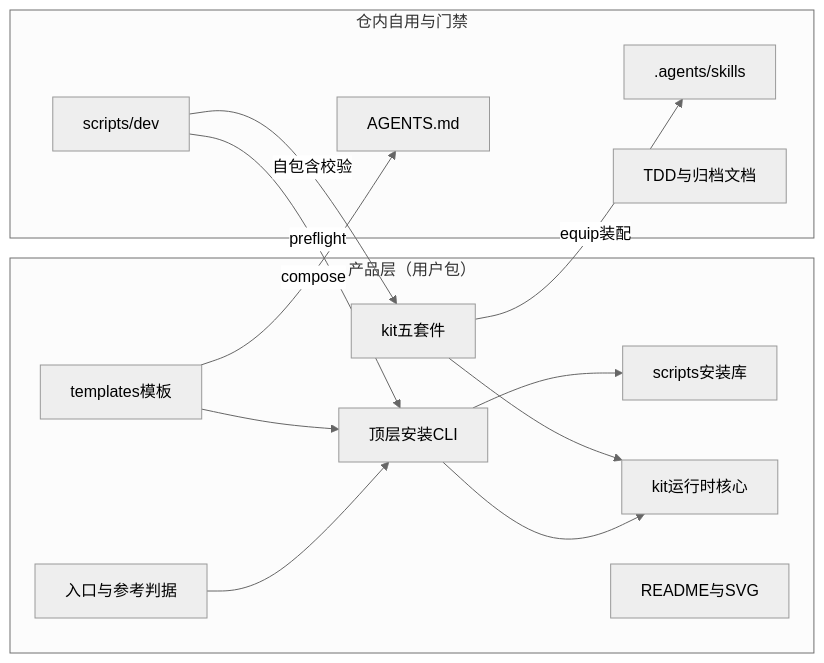
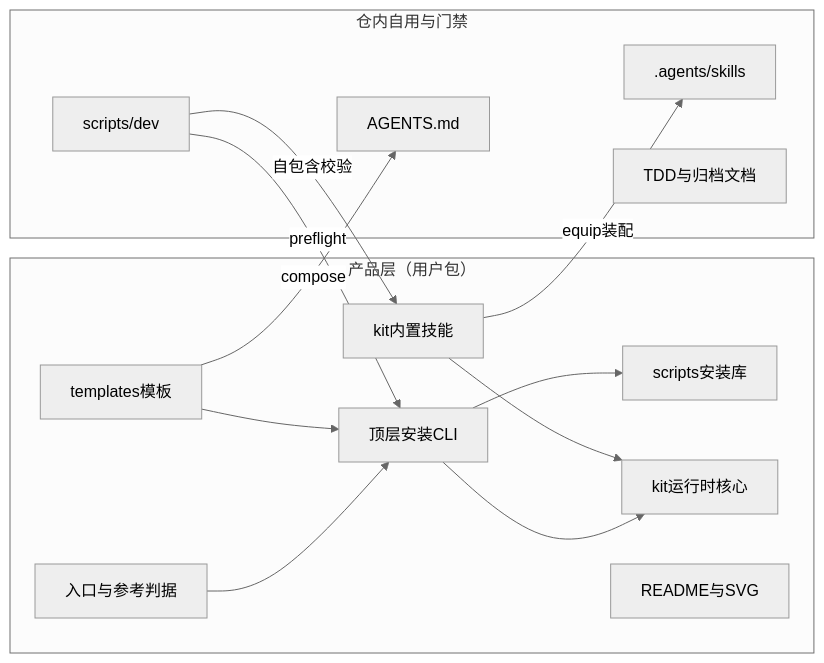
The first of 6 diagrams in docs/TDD.md (FiretrUCK666/project-forge), drawn with Mermaid (neutral theme) before and after one commit. The commit also changed other lines of this file and 149 other files, not shown here.

````diff
--- a/docs/TDD.md
+++ b/docs/TDD.md
@@ -71,23 +71,23 @@
 ```mermaid
 flowchart LR
   subgraph Product["产品层（用户包）"]
     Entry["入口与参考判据"] --> CLI["顶层安装CLI"]
     Tpl["templates模板"] --> CLI
     CLI --> ForgeLib["scripts安装库"]
     CLI --> KitLib["kit运行时核心"]
-    Kit["kit五套件"] --> KitLib
+    Kit["kit内置技能"] --> KitLib
     Assets["README与SVG"]
   end
 
   subgraph SelfUse["仓内自用与门禁"]
     Equipped[".agents/skills"]
     HostCfg["AGENTS.md"]
     Docs["TDD与归档文档"]
     DevSuite["scripts/dev"]
   end
 
   Kit -- "equip装配" --> Equipped
   Tpl -- "compose" --> HostCfg
   DevSuite -- "preflight" --> CLI
   DevSuite -- "自包含校验" --> Kit
 ```
````
